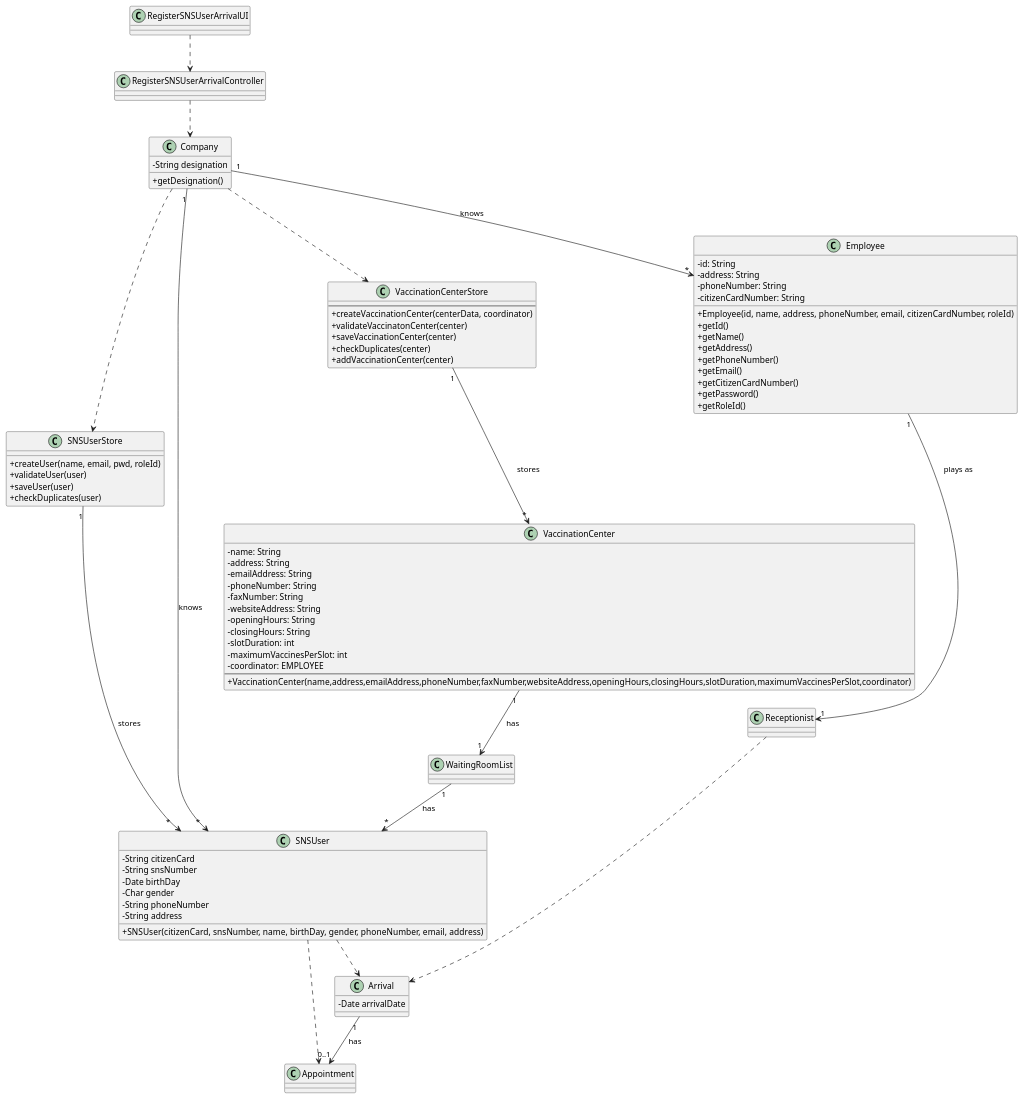
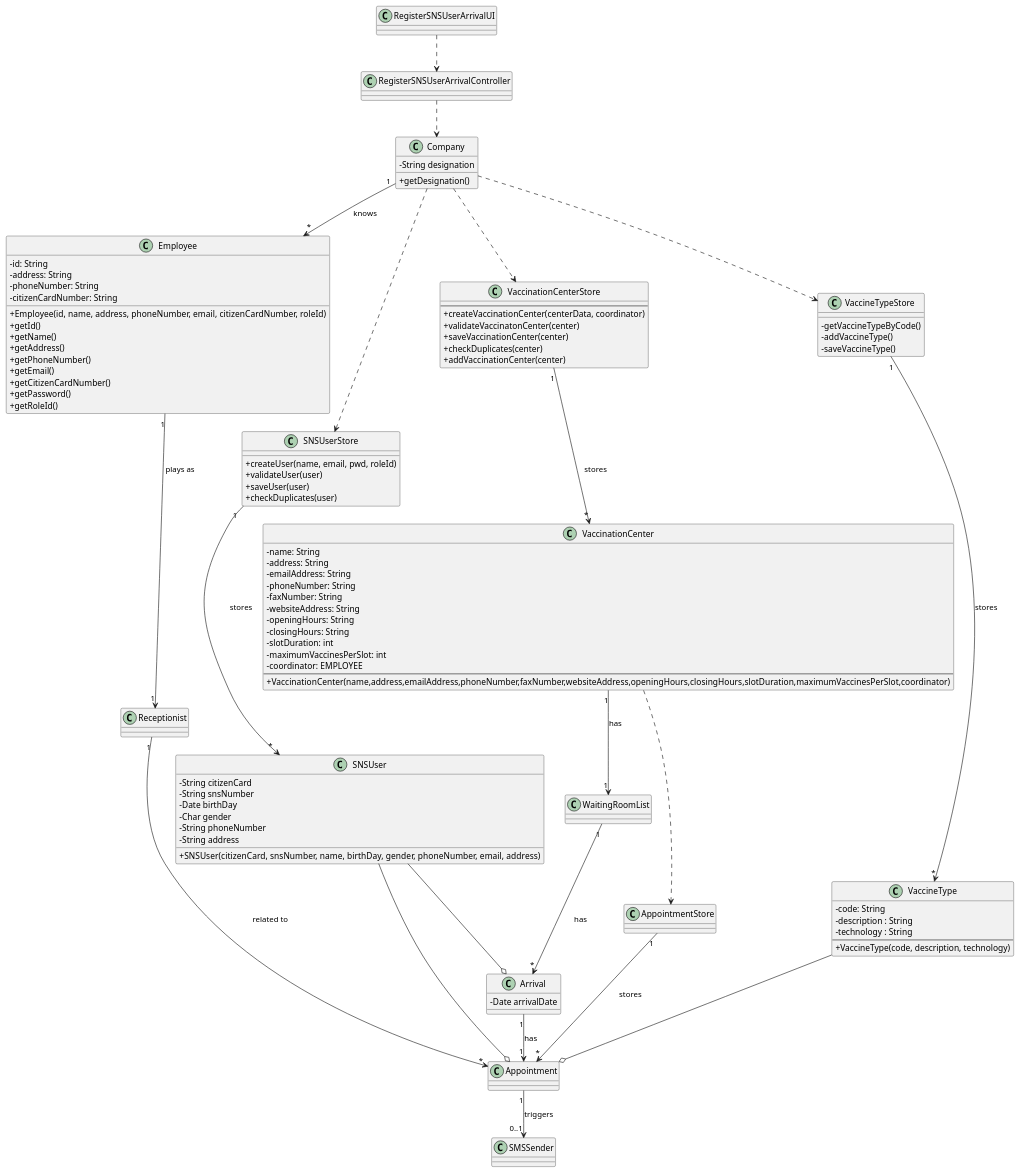
The diagram in docs/SprintC/US04/CD/US04_CD.puml (miseEnPlace-i/lapr2), drawn with PlantUML before and after one commit. The commit also changed 1 other file, not shown here.

```diff
--- a/docs/SprintC/US04/CD/US04_CD.puml
+++ b/docs/SprintC/US04/CD/US04_CD.puml
@@ -1,106 +1,137 @@
 @startuml US04_CD
 skinparam classAttributeIconSize 0
 
-class RegisterSNSUserArrivalUI {}
+class Appointment {}
 
-class RegisterSNSUserArrivalController {}
+class AppointmentStore {}
+
+class Arrival {
+  - Date arrivalDate
+}
 
 class Company {
   - String designation
   + getDesignation()
 }
+
+class Employee {
+  - id: String
+  - address: String
+  - phoneNumber: String
+  - citizenCardNumber: String
+  + Employee(id, name, address, phoneNumber, email, citizenCardNumber, roleId)
+  + getId()
+  + getName()
+  + getAddress()
+  + getPhoneNumber()
+  + getEmail()
+  + getCitizenCardNumber()
+  + getPassword()
+  + getRoleId()
+}
+
+class RegisterSNSUserArrivalUI {}
+
+class RegisterSNSUserArrivalController {}
 
 class SNSUser {
   - String citizenCard
   - String snsNumber
   - Date birthDay
   - Char gender
   - String phoneNumber
   - String address
   + SNSUser(citizenCard, snsNumber, name, birthDay, gender, phoneNumber, email, address)
 }
 
 class SNSUserStore {
   + createUser(name, email, pwd, roleId)
   + validateUser(user)
   + saveUser(user)
   + checkDuplicates(user)
 }
 
-class Employee {
-  - id: String
-  - address: String
-  - phoneNumber: String
-  - citizenCardNumber: String
-  + Employee(id, name, address, phoneNumber, email, citizenCardNumber, roleId)
-  + getId()
-  + getName()
-  + getAddress()
-  + getPhoneNumber()
-  + getEmail()
-  + getCitizenCardNumber()
-  + getPassword()
-  + getRoleId()
-}
 
 class Receptionist {}
 
-class Arrival {
-  - Date arrivalDate
-}
 
-class Appointment {}
-
-class WaitingRoomList {}
-
-class VaccinationCenterStore {
-  ---
-  + createVaccinationCenter(centerData, coordinator)
-  + validateVaccinatonCenter(center)
-  + saveVaccinationCenter(center)
-  + checkDuplicates(center)
-  + addVaccinationCenter(center)
-}
+class SMSSender {}
 
 class VaccinationCenter {
   - name: String
   - address: String
   - emailAddress: String
   - phoneNumber: String
   - faxNumber: String
   - websiteAddress: String
   - openingHours: String
   - closingHours: String
   - slotDuration: int
   - maximumVaccinesPerSlot: int
   - coordinator: EMPLOYEE
   ---
   + VaccinationCenter(name,address,emailAddress,phoneNumber,faxNumber,websiteAddress,openingHours,closingHours,slotDuration,maximumVaccinesPerSlot,coordinator)
 }
 
-Arrival "1" --> "0..1" Appointment : has
+class VaccinationCenterStore {
+  ---
+  + createVaccinationCenter(centerData, coordinator)
+  + validateVaccinatonCenter(center)
+  + saveVaccinationCenter(center)
+  + checkDuplicates(center)
+  + addVaccinationCenter(center)
+}
+
+class VaccineType {
+  - code: String
+  - description : String
+  - technology : String
+  ---
+  + VaccineType(code, description, technology)
+}
+
+class VaccineTypeStore {
+  - getVaccineTypeByCode()
+  - addVaccineType()
+  - saveVaccineType()
+}
+
+class WaitingRoomList {}
+
+
+Appointment "1" --> "0..1" SMSSender : triggers
+
+AppointmentStore "1" --> "*" Appointment : stores
+
+Arrival "1" --> "1" Appointment : has
 
 Company ..> SNSUserStore
 Company ..> VaccinationCenterStore
-Company "1" --> "*" SNSUser : knows
+Company ..> VaccineTypeStore
 Company "1" --> "*" Employee : knows
 
 Employee "1" --> "1" Receptionist : plays as
 
-Receptionist ..> Arrival
+Receptionist "1" --> "*" Appointment : related to
 
 RegisterSNSUserArrivalController ..> Company
 
 RegisterSNSUserArrivalUI ..> RegisterSNSUserArrivalController
 
+SNSUser --o Arrival
+SNSUser --o Appointment
+
 SNSUserStore "1" --> "*" SNSUser : stores
+
+VaccinationCenter "1" --> "1" WaitingRoomList : has
+VaccinationCenter ..> AppointmentStore
+
 VaccinationCenterStore "1" --> "*" VaccinationCenter : stores
 
-VaccinationCenter "1" --> "1" WaitingRoomList : has
+VaccineType --o Appointment
 
-SNSUser ..> Arrival
-SNSUser ..> Appointment
+VaccineTypeStore "1" --> "*" VaccineType : stores
 
-WaitingRoomList "1" --> "*" SNSUser : has
+WaitingRoomList "1" --> "*" Arrival : has
 
 @enduml
```
